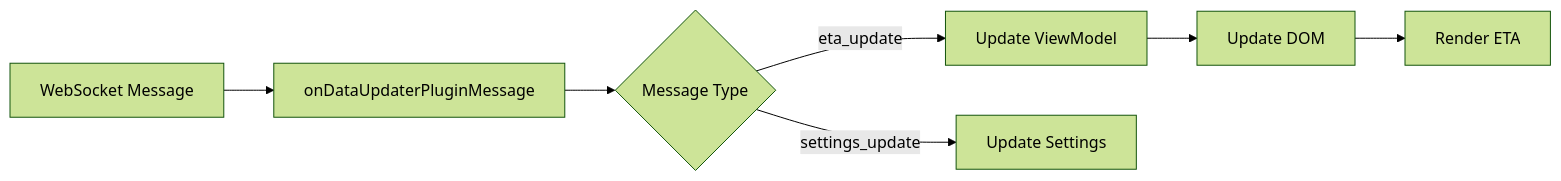
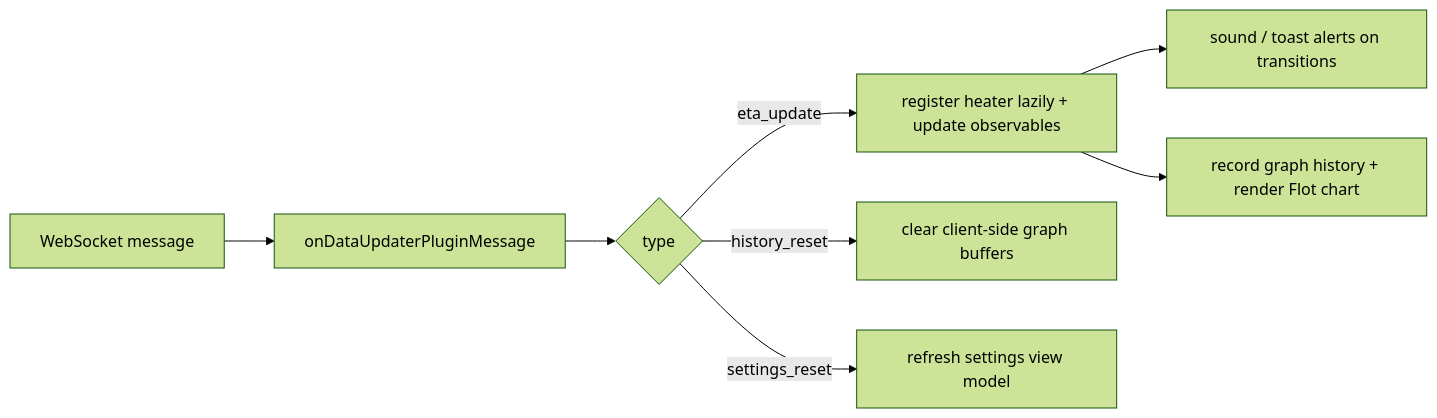
The second of 2 diagrams in docs/architecture/data-flow.md (Ajimaru/OctoPrint-TempETA), drawn with Mermaid (forest theme) before and after one commit. The commit also changed other lines of this file and 21 other files, not shown here.

````diff
--- a/docs/architecture/data-flow.md
+++ b/docs/architecture/data-flow.md
@@ -139,9 +136,10 @@
 ```mermaid
 graph LR
-    A[WebSocket Message] --> B[onDataUpdaterPluginMessage]
-    B --> C{Message Type}
-    C -->|eta_update| D[Update ViewModel]
-    C -->|settings_update| E[Update Settings]
-    D --> F[Update DOM]
-    F --> G[Render ETA]
+    A[WebSocket message] --> B[onDataUpdaterPluginMessage]
+    B --> C{type}
+    C -->|eta_update| D[register heater lazily + update observables]
+    C -->|history_reset| E[clear client-side graph buffers]
+    C -->|settings_reset| F[refresh settings view model]
+    D --> G[sound / toast alerts on transitions]
+    D --> H[record graph history + render Flot chart]
 ```
````
